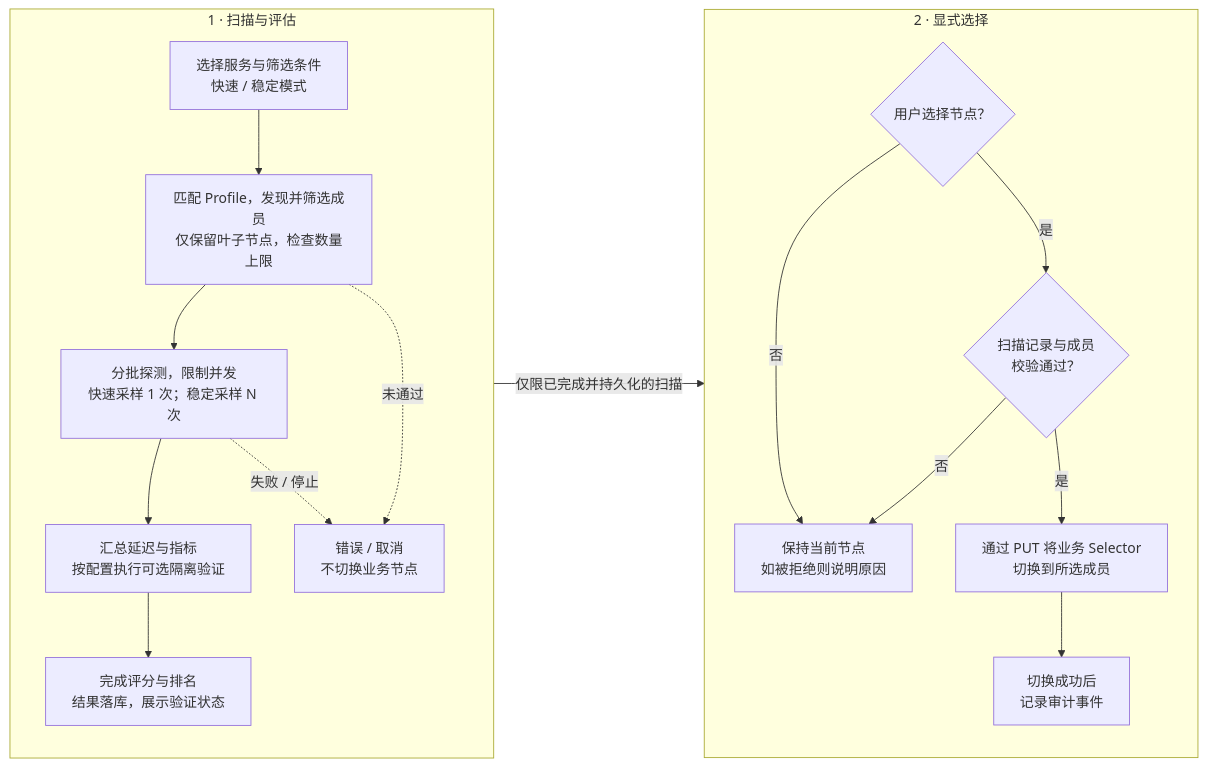
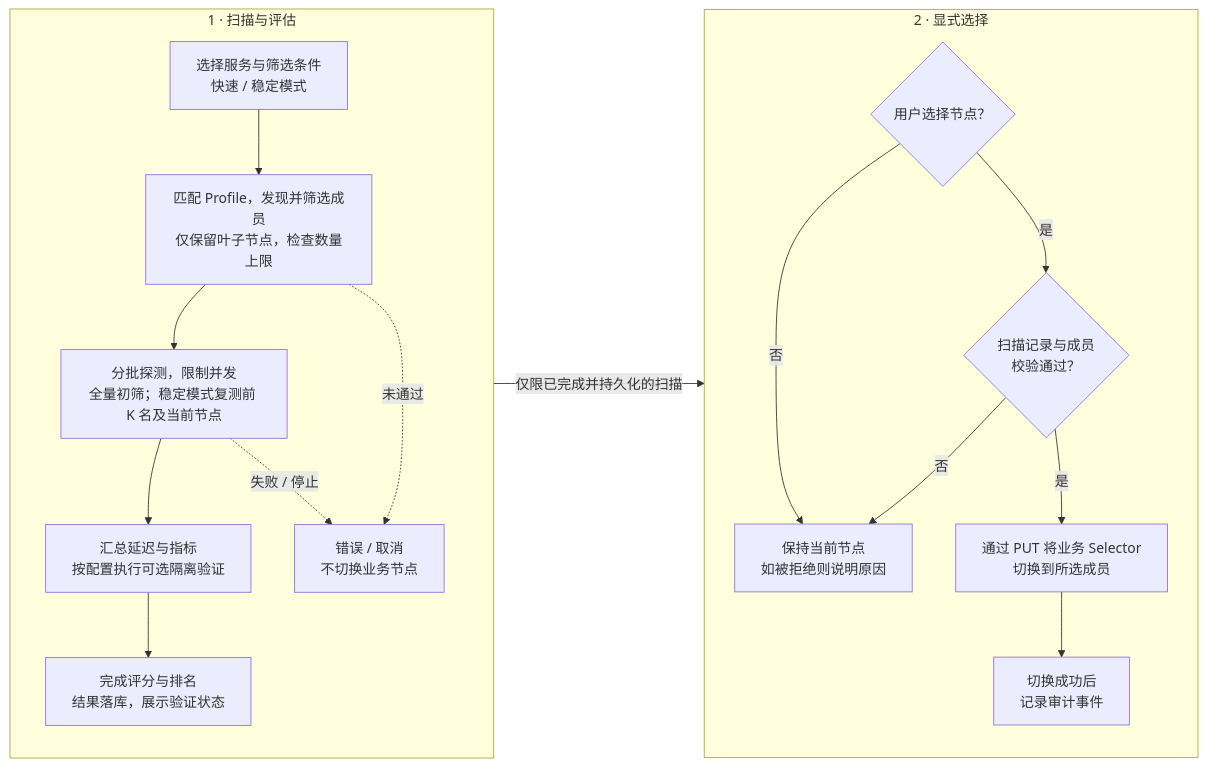
One commit to Uddoo/mihomo-smart-selector changed the second of 2 diagrams in README.zh-CN.md. Above: the diagram before and after it, drawn with Mermaid. The commit also changed 26 other files, not shown here.

````diff
--- a/README.zh-CN.md
+++ b/README.zh-CN.md
@@ -117,32 +117,32 @@
 ```mermaid
 flowchart LR
     subgraph scanning["1 · 扫描与评估"]
         direction TB
         choose["选择服务与筛选条件<br/>快速 / 稳定模式"]
         preflight["匹配 Profile，发现并筛选成员<br/>仅保留叶子节点，检查数量上限"]
-        probe["分批探测，限制并发<br/>快速采样 1 次；稳定采样 N 次"]
+        probe["分批探测，限制并发<br/>全量初筛；稳定模式复测前 K 名及当前节点"]
         verify["汇总延迟与指标<br/>按配置执行可选隔离验证"]
         rank["完成评分与排名<br/>结果落库，展示验证状态"]
         stop["错误 / 取消<br/>不切换业务节点"]
 
         choose --> preflight --> probe --> verify --> rank
         preflight -.->|"未通过"| stop
         probe -.->|"失败 / 停止"| stop
     end
 
     subgraph selection["2 · 显式选择"]
         direction TB
         decide{"用户选择节点？"}
         allowed{"扫描记录与成员<br/>校验通过？"}
         switch["通过 PUT 将业务 Selector<br/>切换到所选成员"]
         audit["切换成功后<br/>记录审计事件"]
         keep["保持当前节点<br/>如被拒绝则说明原因"]
 
         decide -->|"是"| allowed
         decide -->|"否"| keep
         allowed -->|"否"| keep
         allowed -->|"是"| switch --> audit
     end
 
     scanning -->|"仅限已完成并持久化的扫描"| selection
 ```
````
